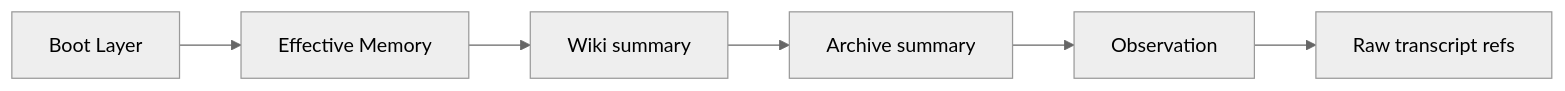
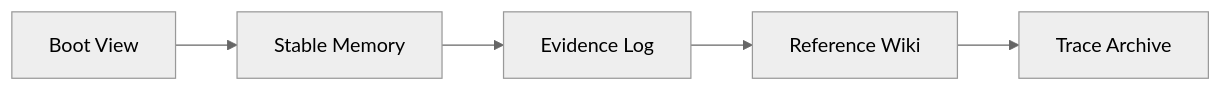
One commit to yin52133/MemFold changed the diagram in docs/specs/2026-04-11-memfold/02-loading-and-retrieval.zh-CN.md. Above: the diagram before and after it, drawn with Mermaid (neutral theme). The commit also changed other lines of this file and 7 other files, not shown here.

Commit message:
docs: rewrite architecture docs for clarity and flow

````diff
--- a/docs/specs/2026-04-11-memfold/02-loading-and-retrieval.zh-CN.md
+++ b/docs/specs/2026-04-11-memfold/02-loading-and-retrieval.zh-CN.md
@@ -120,8 +54,7 @@
 ```mermaid
 flowchart LR
-    A[Boot Layer] --> B[Effective Memory]
-    B --> C[Wiki summary]
-    C --> D[Archive summary]
-    D --> E[Observation]
-    E --> F[Raw transcript refs]
+    A[Boot View] --> B[Stable Memory]
+    B --> C[Evidence Log]
+    C --> D[Reference Wiki]
+    D --> E[Trace Archive]
 ```
````
